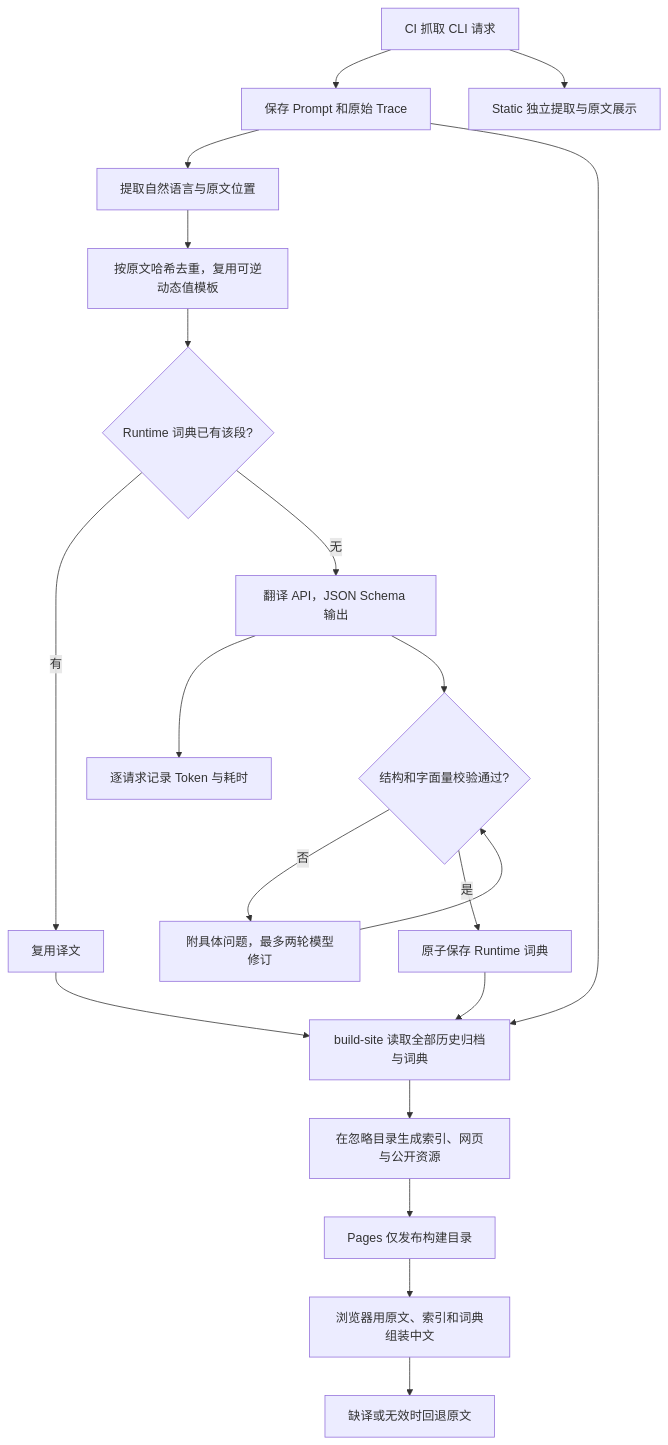
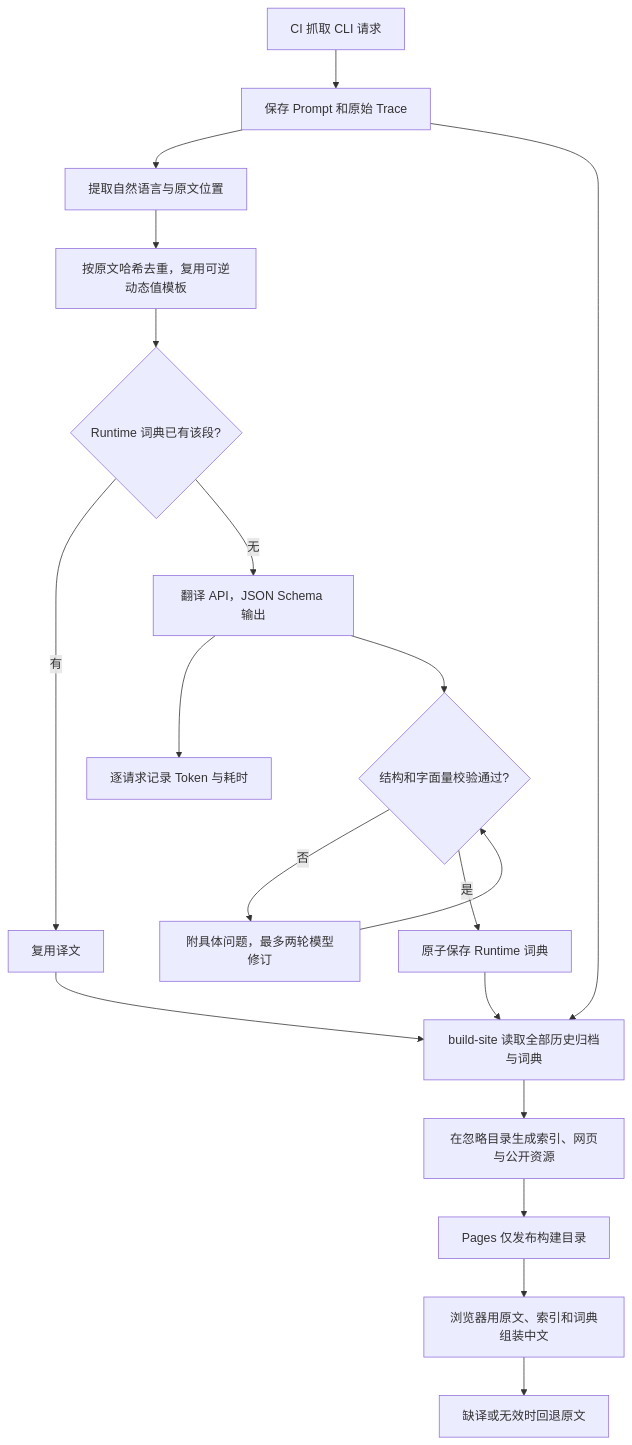
The diagram in docs/translation-volume.md (DragonnZhang/phistory-fork-backup-20260825), drawn with Mermaid before and after one commit. The commit also changed other lines of this file and 53 other files, not shown here.

````diff
--- a/docs/translation-volume.md
+++ b/docs/translation-volume.md
@@ -105,22 +106,21 @@
 ```mermaid
 flowchart TD
     A[CI 抓取 CLI 请求] --> B[保存 Prompt 和原始 Trace]
     B --> C[提取自然语言与原文位置]
     C --> D[按原文哈希去重，复用可逆动态值模板]
     D --> E{Runtime 词典已有该段?}
     E -- 有 --> F[复用译文]
     E -- 无 --> G[翻译 API，JSON Schema 输出]
     G --> U[逐请求记录 Token 与耗时]
     G --> H{结构和字面量校验通过?}
     H -- 否 --> I[附具体问题，最多两轮模型修订]
     I --> H
     H -- 是 --> J[原子保存 Runtime 词典]
     F --> K
     B --> K[build-site 读取全部历史归档与词典]
     J --> K
     K --> N[在忽略目录生成索引、网页与公开资源]
     N --> P[Pages 仅发布构建目录]
     P --> L[浏览器用原文、索引和词典组装中文]
     L --> M[缺译或无效时回退原文]
-    A --> S[Static 独立提取与原文展示]
 ```
````
